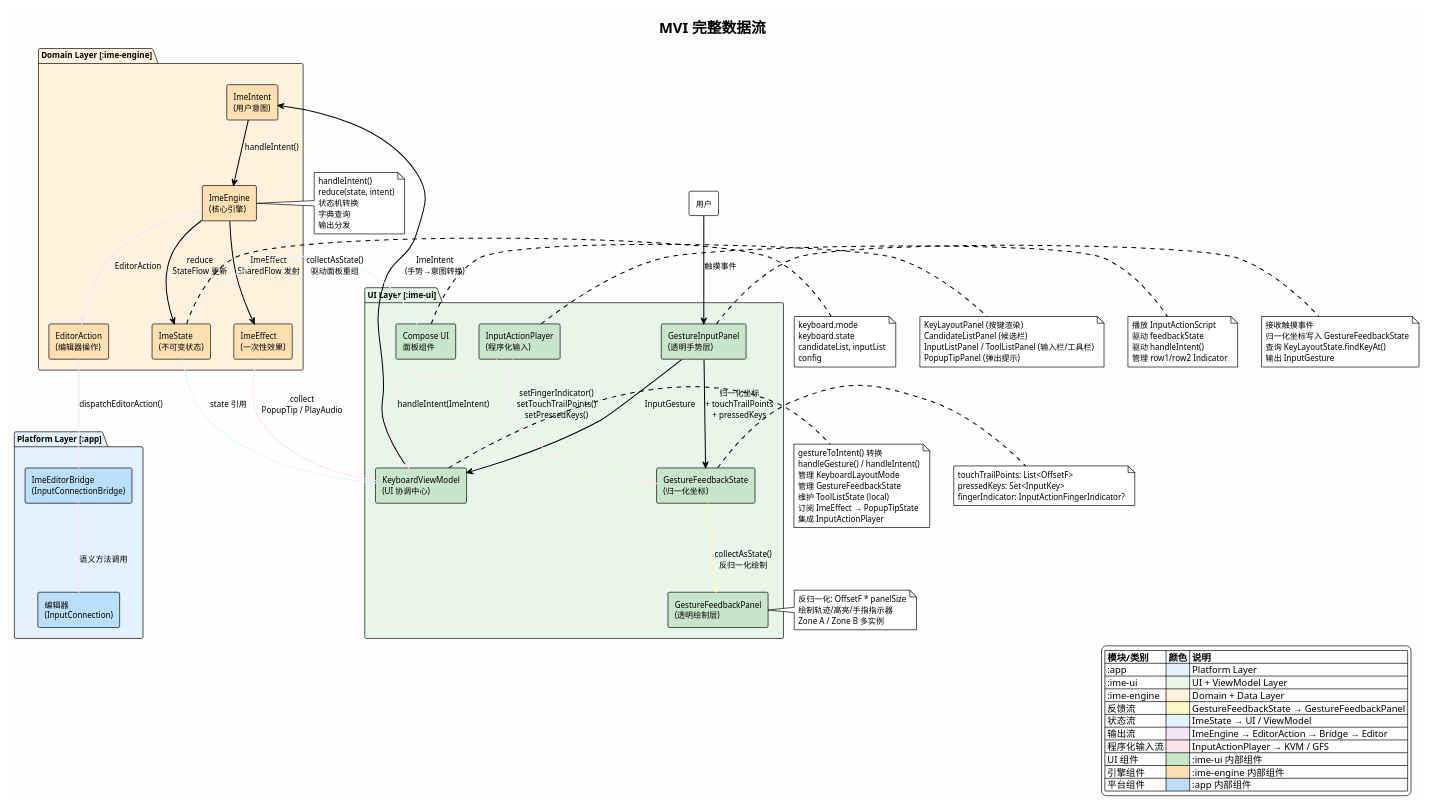
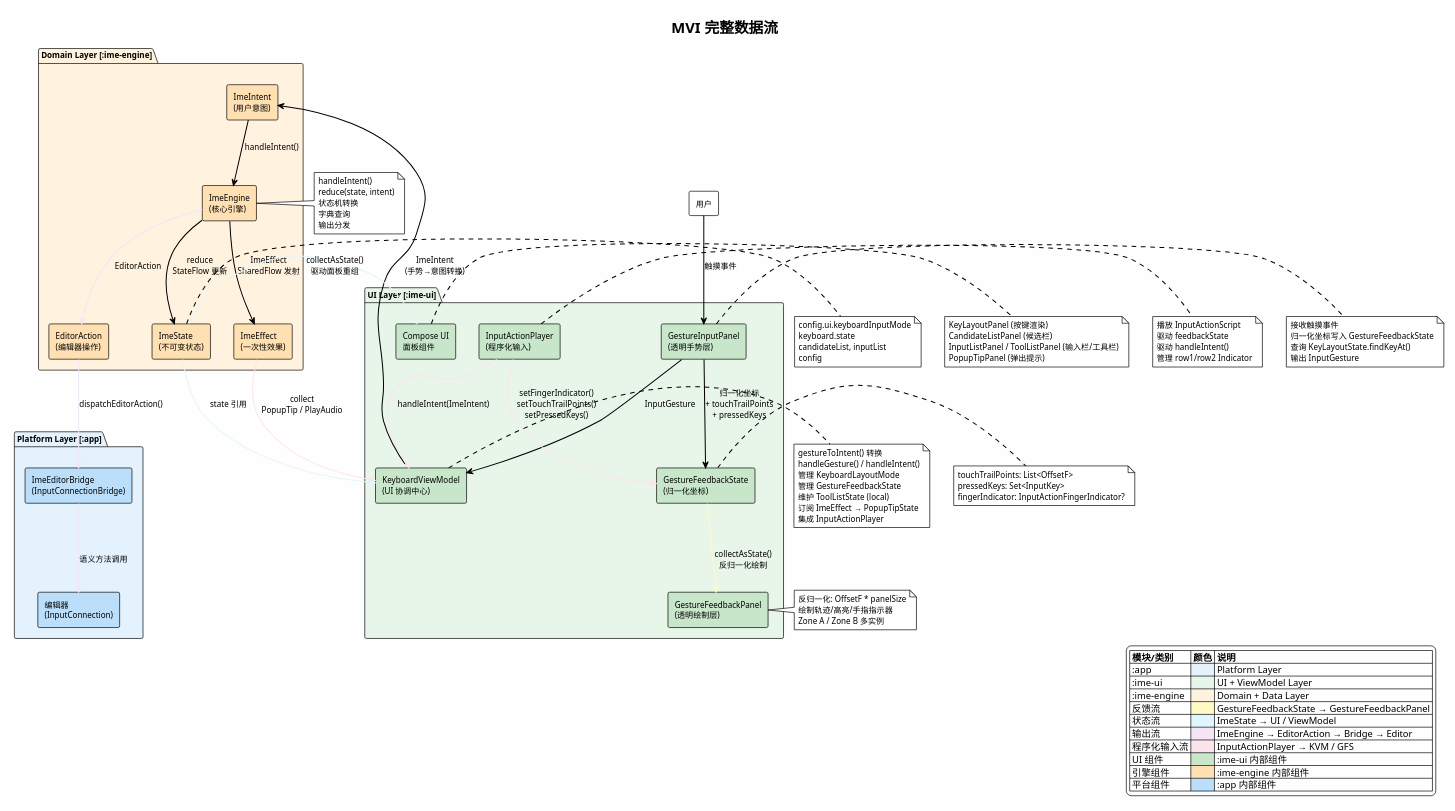
Before and after one commit to crazydan-studio/kuaizi-ime-android: the diagram in docs/ai-agent/v4/design/diagrams/mvi-data-flow.puml, drawn with PlantUML. The commit also changed 25 other files, not shown here.

```diff
--- a/docs/ai-agent/v4/design/diagrams/mvi-data-flow.puml
+++ b/docs/ai-agent/v4/design/diagrams/mvi-data-flow.puml
@@ -1,136 +1,136 @@
 @startuml mvi-data-flow
 allowmixing
 !theme plain
 skinparam backgroundColor #FEFEFE
 skinparam defaultFontSize 12
 skinparam arrowThickness 1.5
 
 title MVI 完整数据流
 
 legend right
   |= 模块/类别 |= 颜色 |= 说明 |
   | :app | <#E3F2FD> | Platform Layer |
   | :ime-ui | <#E8F5E9> | UI + ViewModel Layer |
   | :ime-engine | <#FFF3E0> | Domain + Data Layer |
   | 反馈流 | <#FFF9C4> | GestureFeedbackState → GestureFeedbackPanel |
   | 状态流 | <#E1F5FE> | ImeState → UI / ViewModel |
   | 输出流 | <#F3E5F5> | ImeEngine → EditorAction → Bridge → Editor |
   | 程序化输入流 | <#FCE4EC> | InputActionPlayer → KVM / GFS |
   | UI 组件 | <#C8E6C9> | :ime-ui 内部组件 |
   | 引擎组件 | <#FFE0B2> | :ime-engine 内部组件 |
   | 平台组件 | <#BBDEFB> | :app 内部组件 |
 endlegend
 
 ' ===== 用户手势输入流（主流程） =====
 
 rectangle "用户" as User #FFFFFF
 
 package "UI Layer [:ime-ui]" #E8F5E9 {
   rectangle "GestureInputPanel\n(透明手势层)" as GIP #C8E6C9
   rectangle "KeyboardViewModel\n(UI 协调中心)" as KVM #C8E6C9
   rectangle "GestureFeedbackState\n(归一化坐标)" as GFS #C8E6C9
   rectangle "GestureFeedbackPanel\n(透明绘制层)" as GFP #C8E6C9
   rectangle "Compose UI\n面板组件" as UI #C8E6C9
   rectangle "InputActionPlayer\n(程序化输入)" as IAP #C8E6C9
 }
 
 package "Domain Layer [:ime-engine]" #FFF3E0 {
   rectangle "ImeEngine\n(核心引擎)" as IE #FFE0B2
   rectangle "ImeIntent\n(用户意图)" as II #FFE0B2
   rectangle "ImeState\n(不可变状态)" as IS #FFE0B2
   rectangle "ImeEffect\n(一次性效果)" as IEF #FFE0B2
   rectangle "EditorAction\n(编辑器操作)" as IO #FFE0B2
 }
 
 package "Platform Layer [:app]" #E3F2FD {
   rectangle "ImeEditorBridge\n(InputConnectionBridge)" as Bridge #BBDEFB
   rectangle "编辑器\n(InputConnection)" as Editor #BBDEFB
 }
 
 ' ===== 用户手势输入流 =====
 User -down-> GIP : 触摸事件
 GIP -down-> GFS : 归一化坐标\n+ touchTrailPoints\n+ pressedKeys
 GIP -down-> KVM : InputGesture
 KVM -down-> II : ImeIntent\n(手势→意图转换)
 II -down-> IE : handleIntent()
 IE -down-> IS : reduce\nStateFlow 更新
 IE -down-> IEF : ImeEffect\nSharedFlow 发射
 
 ' ===== 反馈流 =====
 GFS -[#FFF9C4]-> GFP : collectAsState()\n反归一化绘制
 
 ' ===== 状态流 =====
 IS -[#E1F5FE]-> UI : collectAsState()\n驱动面板重组
 IS -[#E1F5FE]-> KVM : state 引用
 
 ' ===== 效果流 =====
 IEF -[#FCE4EC]-> KVM : collect\nPopupTip / PlayAudio
 
 ' ===== 输出流 =====
 IE -[#F3E5F5]-> IO : EditorAction
 IO -[#F3E5F5]-> Bridge : dispatchEditorAction()
 Bridge -[#F3E5F5]-> Editor : 语义方法调用
 
 ' ===== 程序化输入流 =====
 IAP -[#FCE4EC]-> KVM : handleIntent(ImeIntent)
 IAP -[#FCE4EC]-> GFS : setFingerIndicator()\nsetTouchTrailPoints()\nsetPressedKeys()
 
 note right of GIP
   接收触摸事件
   归一化坐标写入 GestureFeedbackState
   查询 KeyLayoutState.findKeyAt()
   输出 InputGesture
 end note
 
 note right of KVM
   gestureToIntent() 转换
   handleGesture() / handleIntent()
   管理 KeyboardLayoutMode
   管理 GestureFeedbackState
   维护 ToolListState (local)
   订阅 ImeEffect → PopupTipState
   集成 InputActionPlayer
 end note
 
 note right of GFS
   touchTrailPoints: List<OffsetF>
   pressedKeys: Set<InputKey>
   fingerIndicator: InputActionFingerIndicator?
 end note
 
 note right of GFP
   反归一化: OffsetF * panelSize
   绘制轨迹/高亮/手指指示器
   Zone A / Zone B 多实例
 end note
 
 note right of UI
   KeyLayoutPanel (按键渲染)
   CandidateListPanel (候选栏)
   InputListPanel / ToolListPanel (输入栏/工具栏)
   PopupTipPanel (弹出提示)
 end note
 
 note right of IAP
   播放 InputActionScript
   驱动 feedbackState
   驱动 handleIntent()
   管理 row1/row2 Indicator
 end note
 
 note right of IE
   handleIntent()
   reduce(state, intent)
   状态机转换
   字典查询
   输出分发
 end note
 
 note right of IS
-  keyboard.mode
+  config.ui.keyboardInputMode
   keyboard.state
   candidateList, inputList
   config
 end note
 
 @enduml
```
